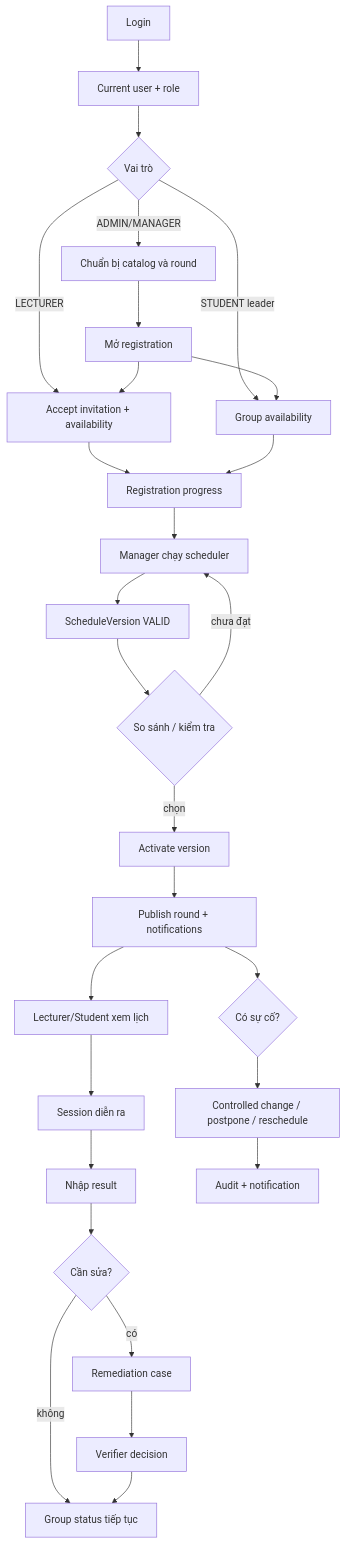
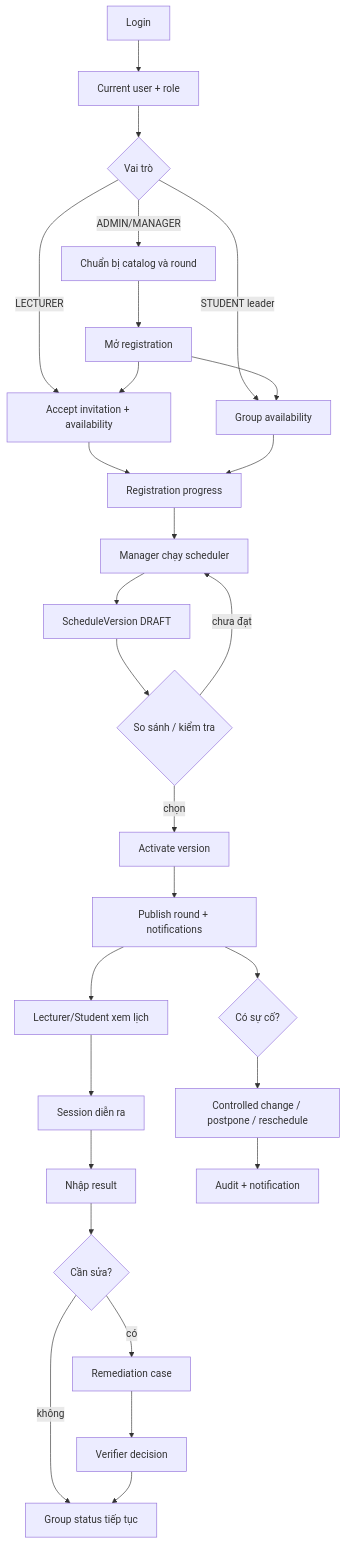
Before and after one commit to SE-FCaps-Tool/f-caps-schedule-be: the first of 7 diagrams in docs/api/api-reorganization.md, drawn with Mermaid. The commit also changed other lines of this file and 86 other files, not shown here.

Commit message:
feat(scheduler): align scheduling architecture and semester lifecycle

````diff
--- a/docs/api/api-reorganization.md
+++ b/docs/api/api-reorganization.md
@@ -135,30 +135,30 @@
 ```mermaid
 flowchart TD
     A[Login] --> B[Current user + role]
     B --> C{Vai trò}
     C -->|ADMIN/MANAGER| D[Chuẩn bị catalog và round]
     C -->|LECTURER| E[Accept invitation + availability]
     C -->|STUDENT leader| F[Group availability]
     D --> G[Mở registration]
     G --> E
     G --> F
     E --> H[Registration progress]
     F --> H
     H --> I[Manager chạy scheduler]
-    I --> J[ScheduleVersion VALID]
+    I --> J[ScheduleVersion DRAFT]
     J --> K{So sánh / kiểm tra}
     K -->|chọn| L[Activate version]
     K -->|chưa đạt| I
     L --> M[Publish round + notifications]
     M --> N[Lecturer/Student xem lịch]
     N --> O[Session diễn ra]
     O --> P[Nhập result]
     P --> Q{Cần sửa?}
     Q -->|không| R[Group status tiếp tục]
     Q -->|có| S[Remediation case]
     S --> T[Verifier decision]
     T --> R
     M --> U{Có sự cố?}
     U --> V[Controlled change / postpone / reschedule]
     V --> W[Audit + notification]
 ```
````
